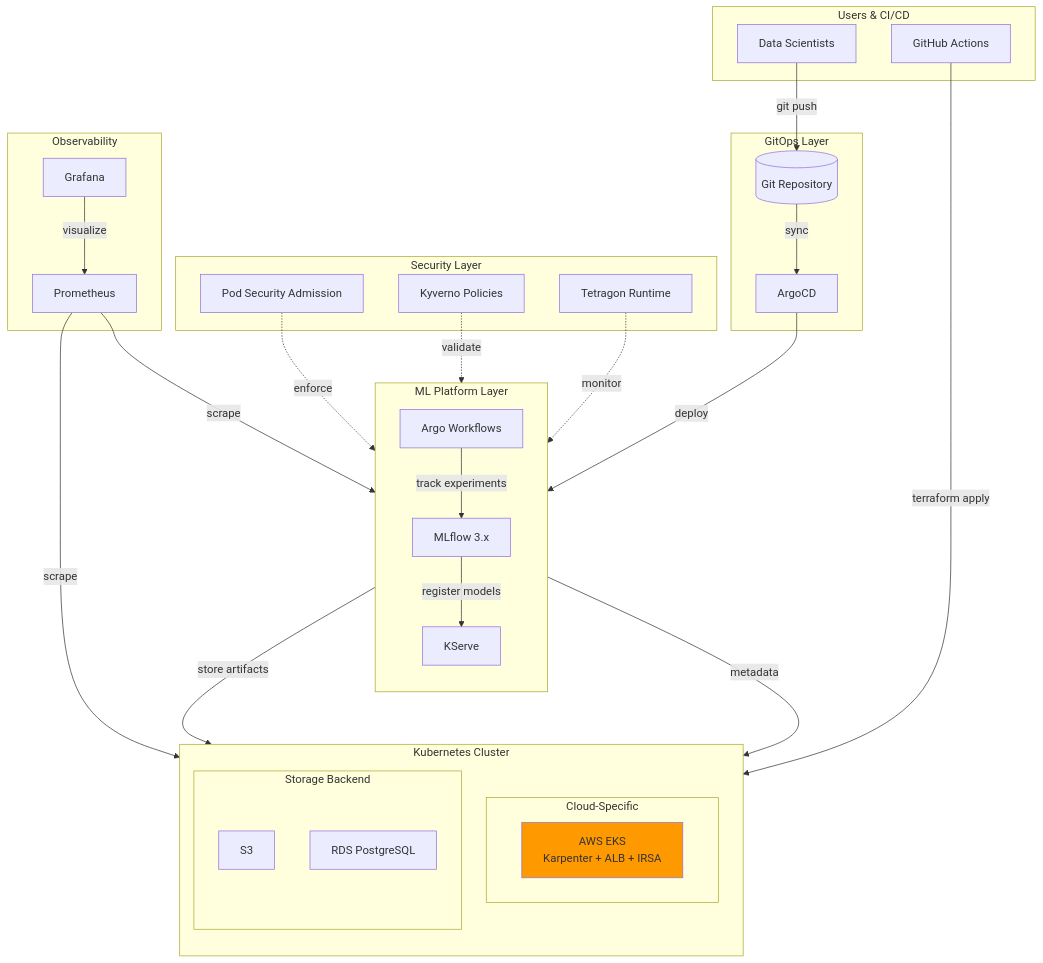
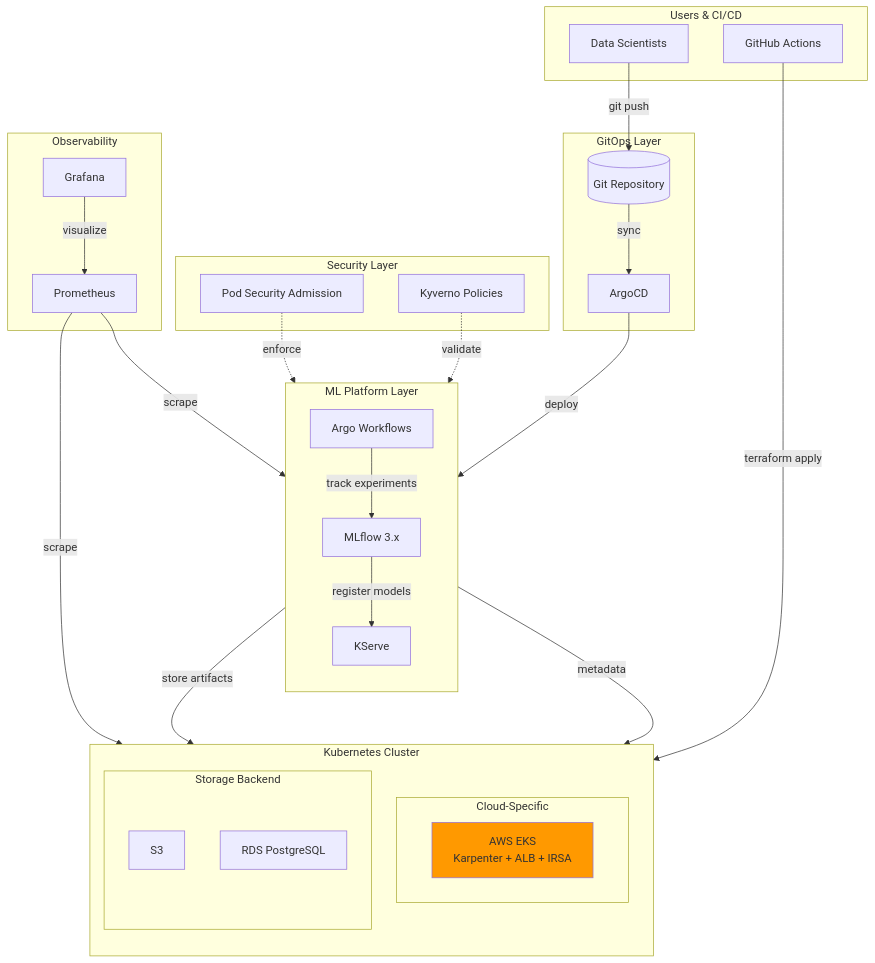
Before and after one commit to judeoyovbaire/mlops-platform: the diagram in docs/architecture.md, drawn with Mermaid. The commit also changed other lines of this file and 43 other files, not shown here.

````diff
--- a/docs/architecture.md
+++ b/docs/architecture.md
@@ -9,61 +9,59 @@
 ```mermaid
 flowchart TB
     subgraph Users["Users & CI/CD"]
         DS[Data Scientists]
         CI[GitHub Actions]
     end
 
     subgraph GitOps["GitOps Layer"]
         ArgoCD[ArgoCD]
         Git[(Git Repository)]
     end
 
     subgraph MLPlatform["ML Platform Layer"]
         direction TB
         Argo[Argo Workflows]
         MLflow[MLflow 3.x]
         KServe[KServe]
     end
 
     subgraph Security["Security Layer"]
         PSA[Pod Security Admission]
         Kyverno[Kyverno Policies]
-        Tetragon[Tetragon Runtime]
     end
 
     subgraph Observability["Observability"]
         Prometheus[Prometheus]
         Grafana[Grafana]
     end
 
     subgraph K8s["Kubernetes Cluster"]
         direction TB
         subgraph CloudSpecific["Cloud-Specific"]
             AWS["AWS EKS<br/>Karpenter + ALB + IRSA"]
         end
         subgraph Storage["Storage Backend"]
             S3["S3"]
             DB["RDS PostgreSQL"]
         end
     end
 
     DS -->|git push| Git
     CI -->|terraform apply| K8s
     Git -->|sync| ArgoCD
     ArgoCD -->|deploy| MLPlatform
 
     Argo -->|track experiments| MLflow
     MLflow -->|register models| KServe
     Argo -->|store artifacts| S3
     MLflow -->|metadata| DB
 
     PSA -.->|enforce| MLPlatform
     Kyverno -.->|validate| MLPlatform
-    Tetragon -.->|monitor| MLPlatform
 
     Prometheus -->|scrape| MLPlatform
     Prometheus -->|scrape| K8s
     Grafana -->|visualize| Prometheus
 
     style AWS fill:#ff9900
 ```
````
